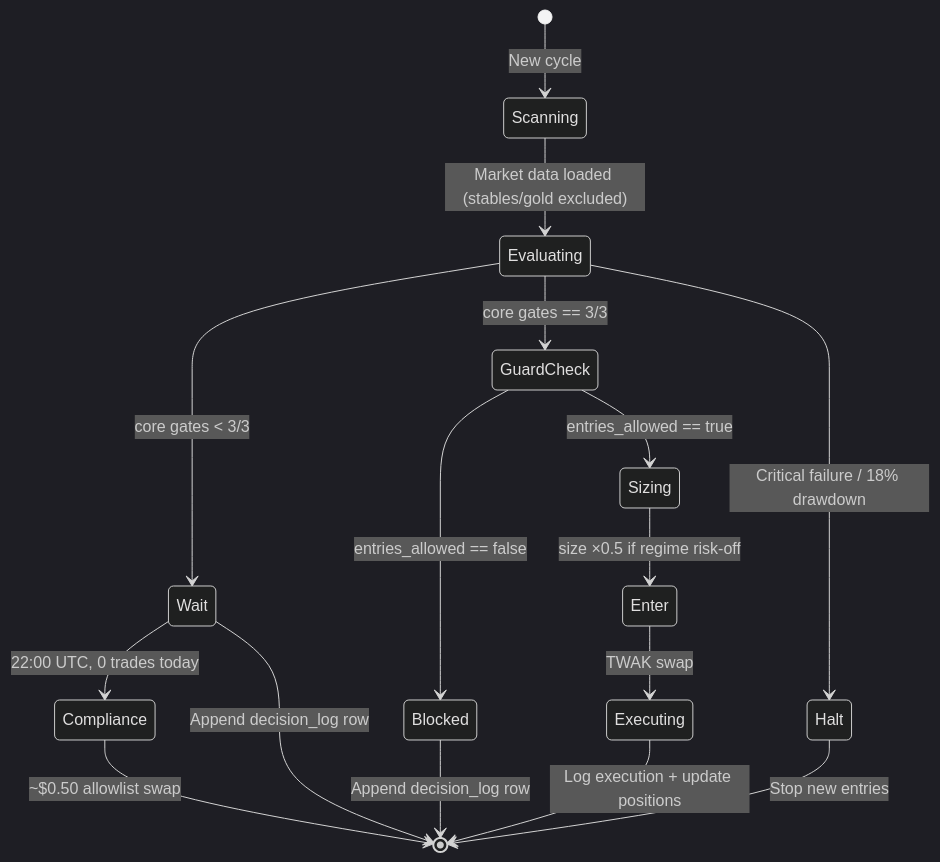
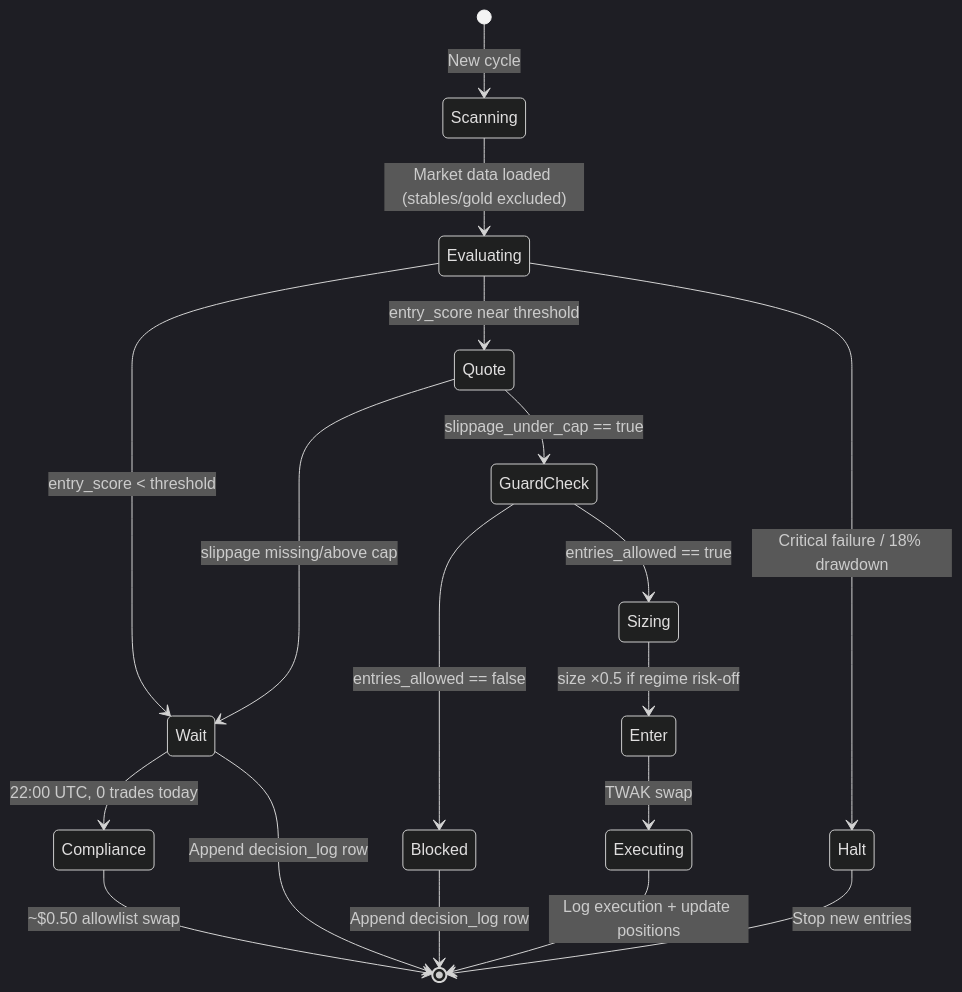
Before and after one commit to AlejoReyna/michelobUltraSecretDashboard: the first of 3 diagrams in docs/TRADING-ALGORITHM.md, drawn with Mermaid (dark theme). The commit also changed other lines of this file, not shown here.

````diff
--- a/docs/TRADING-ALGORITHM.md
+++ b/docs/TRADING-ALGORITHM.md
@@ -163,18 +163,20 @@
 ```mermaid
 stateDiagram-v2
     [*] --> Scanning: New cycle
     Scanning --> Evaluating: Market data loaded (stables/gold excluded)
-    Evaluating --> Wait: core gates < 3/3
-    Evaluating --> GuardCheck: core gates == 3/3
+    Evaluating --> Wait: entry_score < threshold
+    Evaluating --> Quote: entry_score near threshold
+    Quote --> Wait: slippage missing/above cap
+    Quote --> GuardCheck: slippage_under_cap == true
     GuardCheck --> Blocked: entries_allowed == false
     GuardCheck --> Sizing: entries_allowed == true
     Sizing --> Enter: size ×0.5 if regime risk-off
     Enter --> Executing: TWAK swap
     Executing --> [*]: Log execution + update positions
     Wait --> Compliance: 22:00 UTC, 0 trades today
     Compliance --> [*]: ~$0.50 allowlist swap
     Wait --> [*]: Append decision_log row
     Blocked --> [*]: Append decision_log row
     Evaluating --> Halt: Critical failure / 18% drawdown
     Halt --> [*]: Stop new entries
 ```
````
